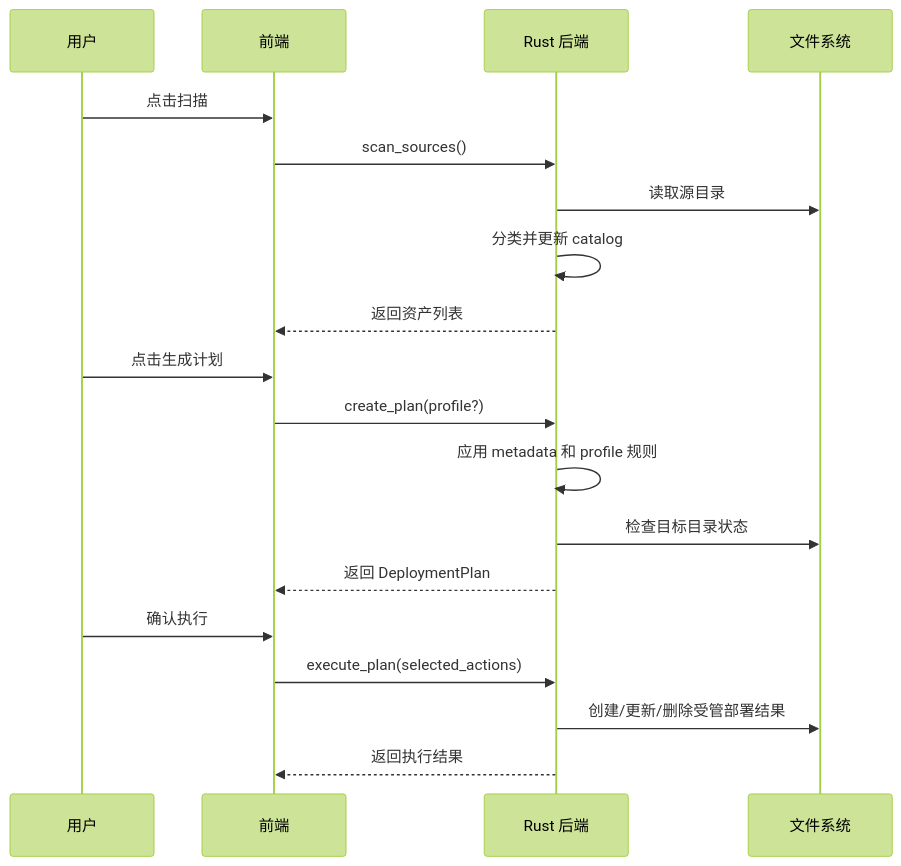
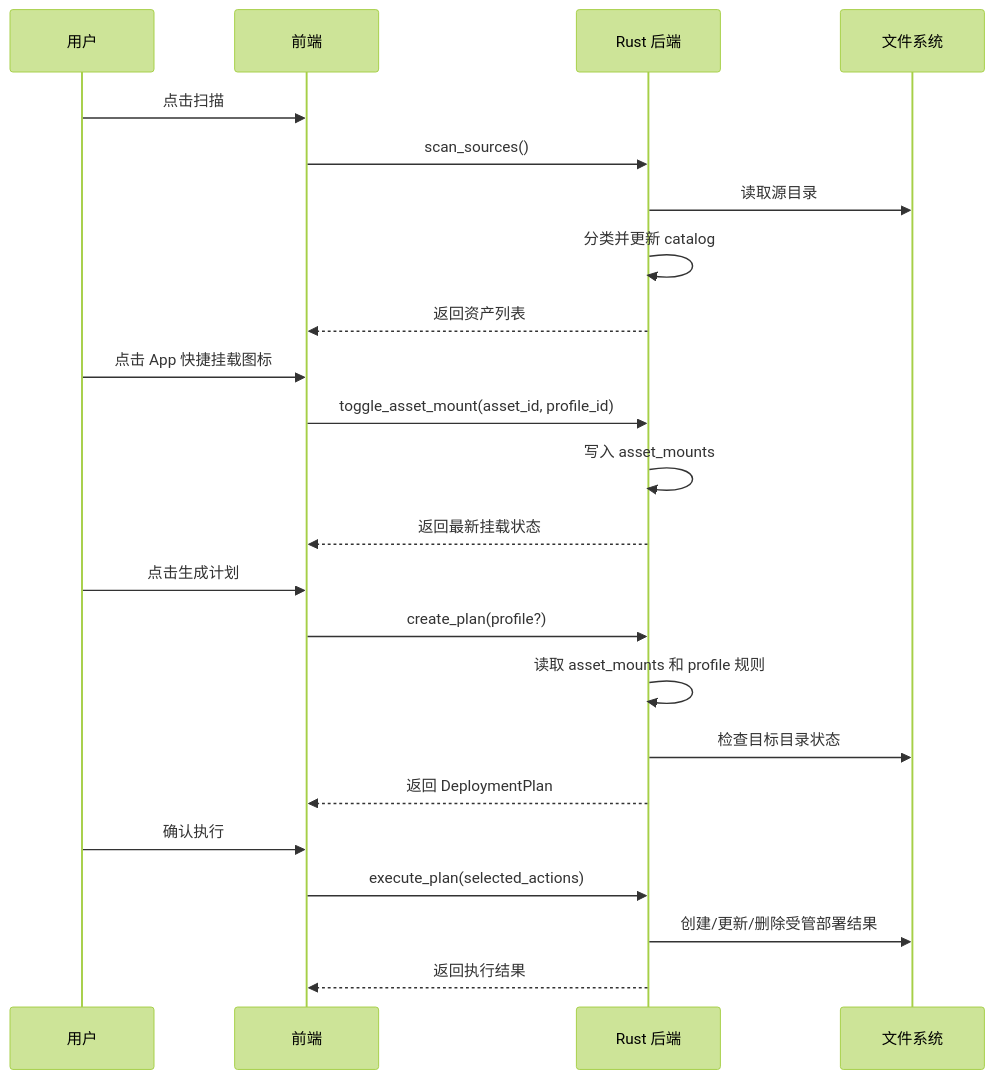
The second of 2 diagrams in specs/design.md (util6/assetiweave), drawn with Mermaid (forest theme) before and after one commit. The commit also changed other lines of this file and 2 other files, not shown here.

Commit message:
docs: update spec milestones for mount workflow

````diff
--- a/specs/design.md
+++ b/specs/design.md
@@ -388,24 +497,29 @@
 ```mermaid
 sequenceDiagram
     participant U as 用户
     participant UI as 前端
     participant Core as Rust 后端
     participant FS as 文件系统
 
     U->>UI: 点击扫描
     UI->>Core: scan_sources()
     Core->>FS: 读取源目录
     Core->>Core: 分类并更新 catalog
     Core-->>UI: 返回资产列表
 
+    U->>UI: 点击 App 快捷挂载图标
+    UI->>Core: toggle_asset_mount(asset_id, profile_id)
+    Core->>Core: 写入 asset_mounts
+    Core-->>UI: 返回最新挂载状态
+
     U->>UI: 点击生成计划
     UI->>Core: create_plan(profile?)
-    Core->>Core: 应用 metadata 和 profile 规则
+    Core->>Core: 读取 asset_mounts 和 profile 规则
     Core->>FS: 检查目标目录状态
     Core-->>UI: 返回 DeploymentPlan
 
     U->>UI: 确认执行
     UI->>Core: execute_plan(selected_actions)
     Core->>FS: 创建/更新/删除受管部署结果
     Core-->>UI: 返回执行结果
 ```
````
